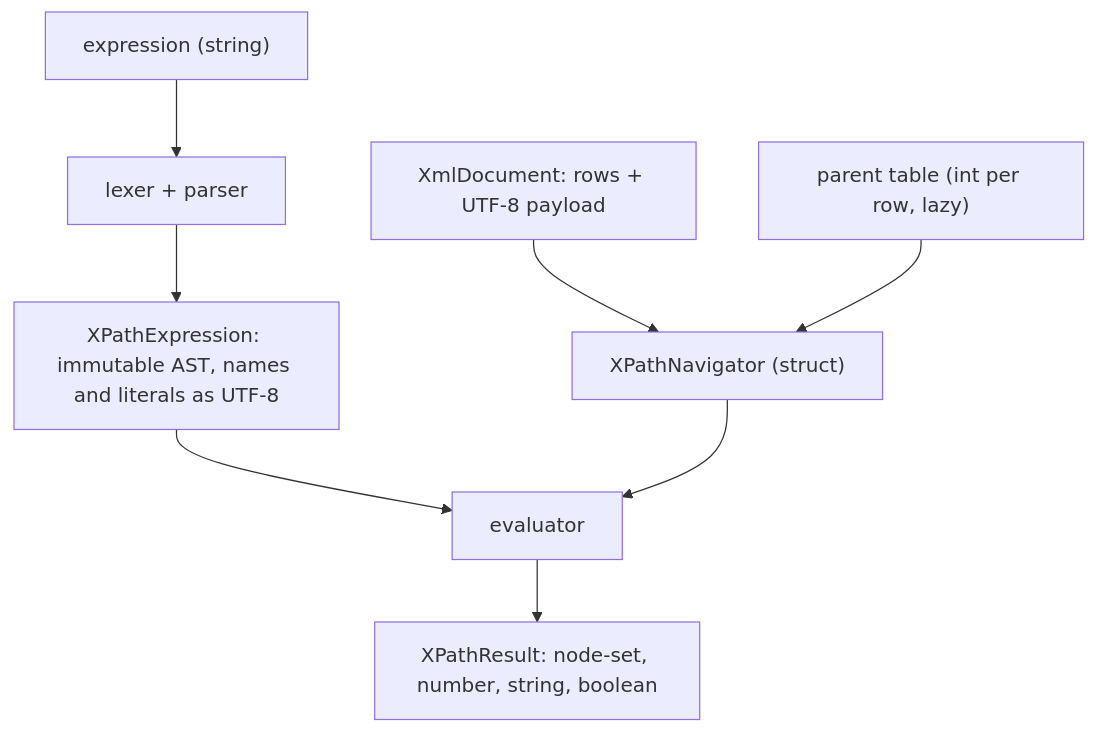
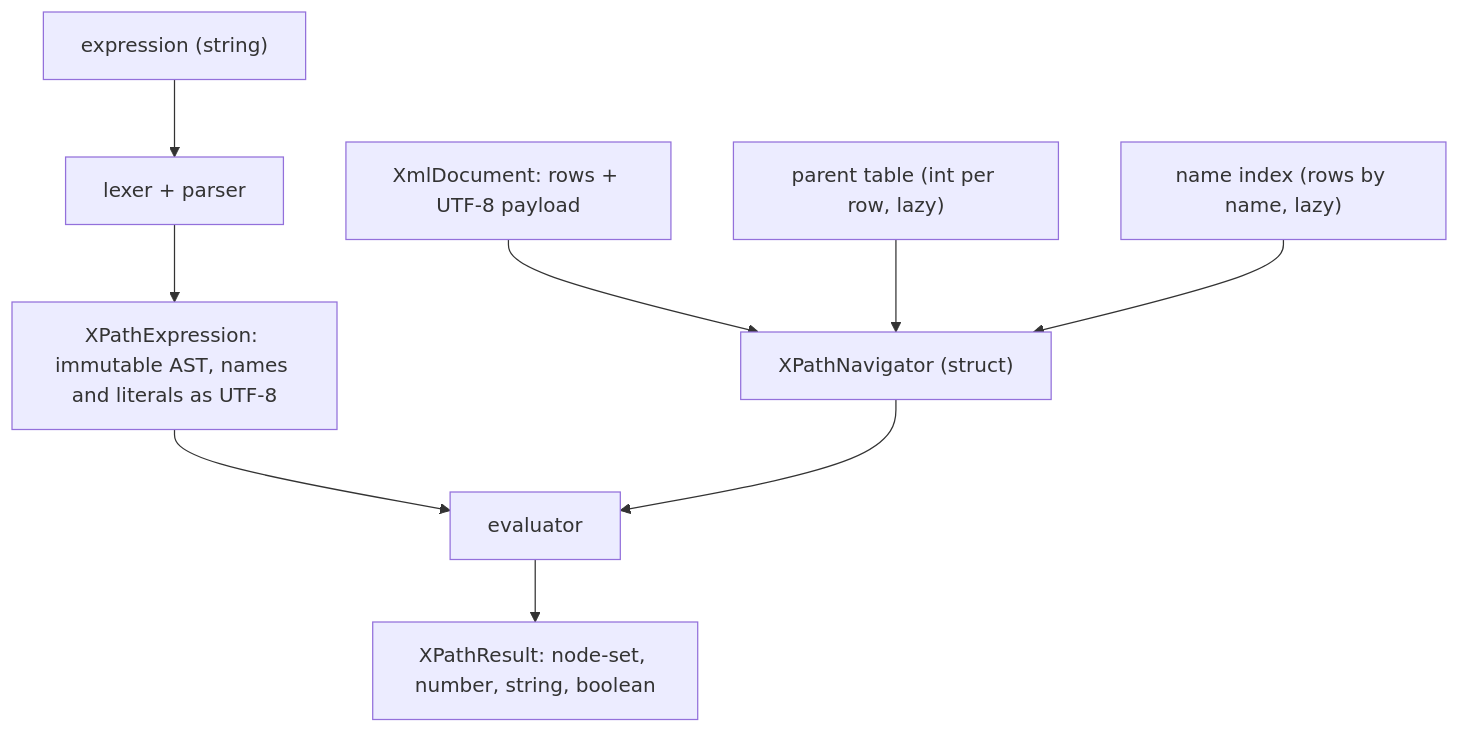
The diagram in spec/27-xpath.md (sebastienros/XmlEssentials), drawn with Mermaid before and after one commit. The commit also changed other lines of this file and 33 other files, not shown here.

````diff
--- a/spec/27-xpath.md
+++ b/spec/27-xpath.md
@@ -19,10 +19,11 @@
 ```mermaid
 flowchart TD
     S["expression (string)"] --> C["lexer + parser"]
     C --> A["XPathExpression: immutable AST, names and literals as UTF-8"]
     A --> E["evaluator"]
     D["XmlDocument: rows + UTF-8 payload"] --> N["XPathNavigator (struct)"]
     P["parent table (int per row, lazy)"] --> N
+    I["name index (rows by name, lazy)"] --> N
     N --> E
     E --> R["XPathResult: node-set, number, string, boolean"]
 ```
````
